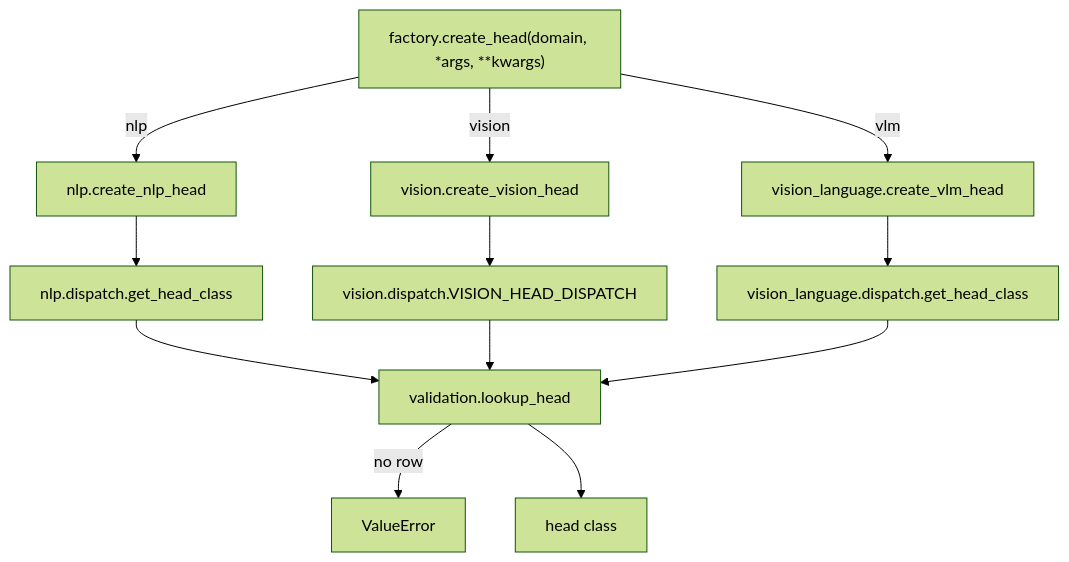
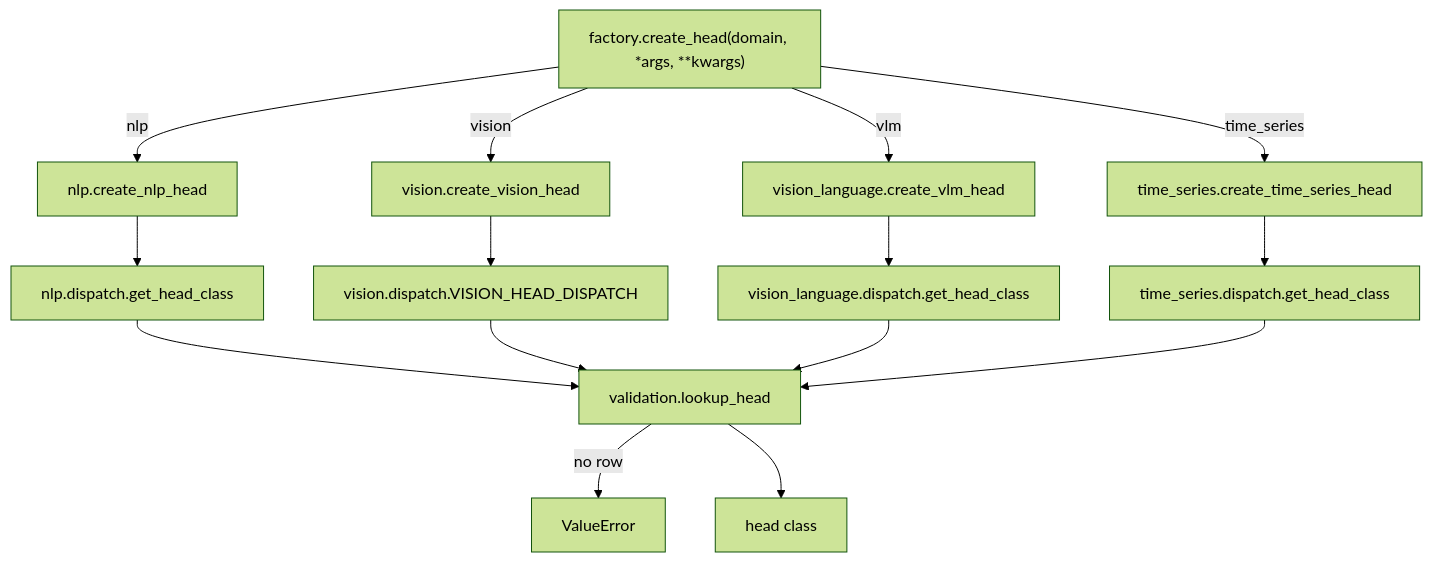
The diagram in src/dl_techniques/layers/heads/AGENTS.md (NikolasMarkou/dl_techniques), drawn with Mermaid (forest theme) before and after one commit. The commit also changed other lines of this file and 32 other files, not shown here.

````diff
--- a/src/dl_techniques/layers/heads/AGENTS.md
+++ b/src/dl_techniques/layers/heads/AGENTS.md
@@ -16,14 +16,17 @@
 ```mermaid
 flowchart TD
     CH["factory.create_head(domain, *args, **kwargs)"] -->|nlp| NF[nlp.create_nlp_head]
     CH -->|vision| VF[vision.create_vision_head]
     CH -->|vlm| LF[vision_language.create_vlm_head]
+    CH -->|time_series| TF[time_series.create_time_series_head]
     NF --> ND["nlp.dispatch.get_head_class"]
     VF --> VD["vision.dispatch.VISION_HEAD_DISPATCH"]
     LF --> LD["vision_language.dispatch.get_head_class"]
+    TF --> TD["time_series.dispatch.get_head_class"]
     ND --> LH["validation.lookup_head"]
     VD --> LH
     LD --> LH
+    TD --> LH
     LH -->|no row| ERR[ValueError]
     LH --> HEAD[head class]
 ```
````
